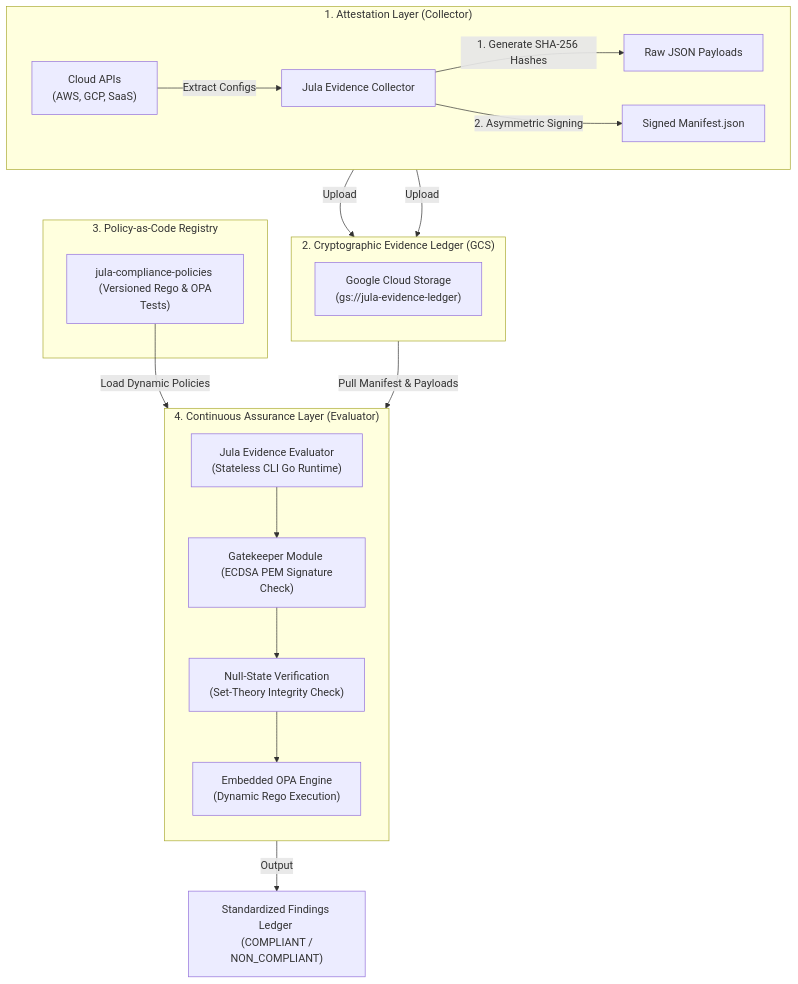
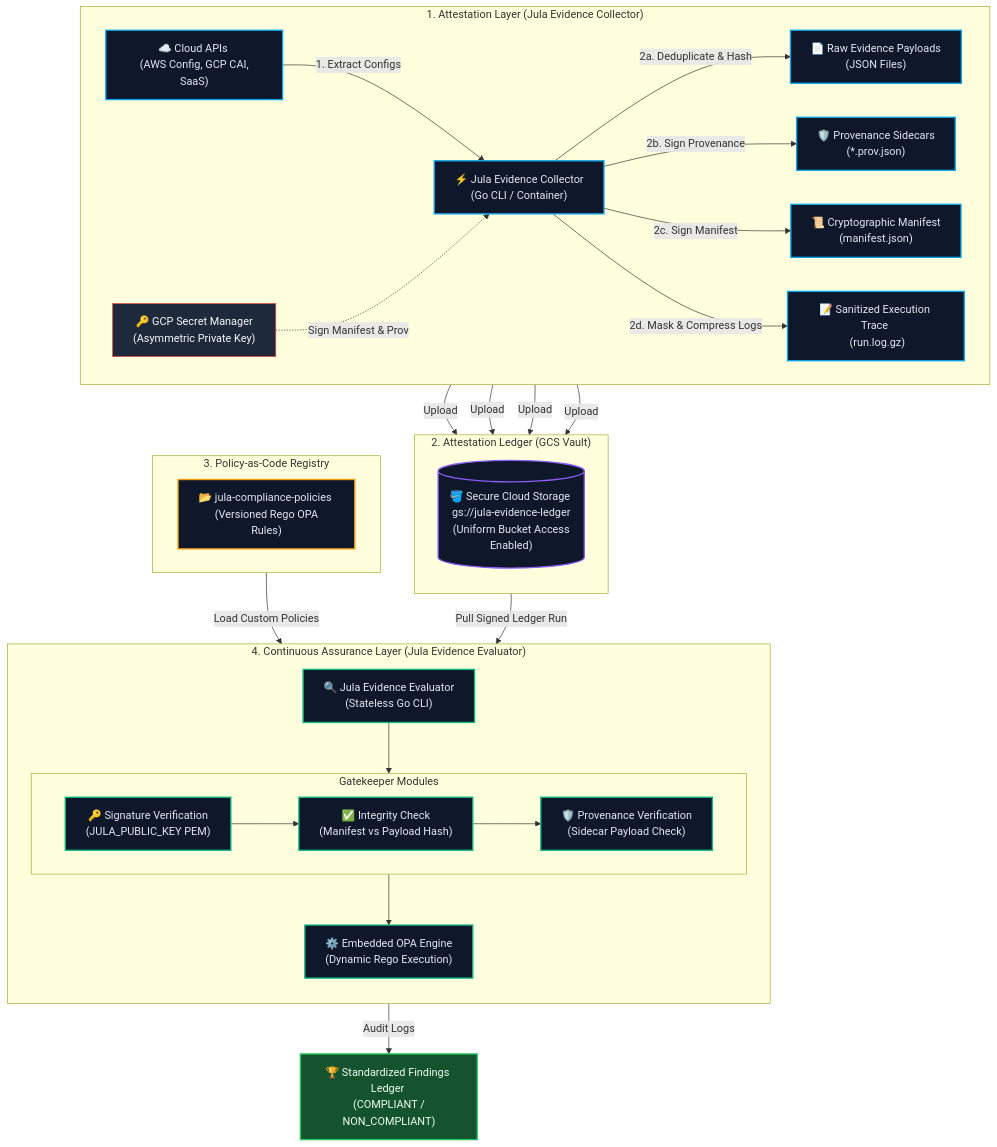
The diagram in README.md (alibkaba/jula), drawn with Mermaid before and after one commit. The commit also changed other lines of this file and 15 other files, not shown here.

Commit message:
feat: implement sensitive data masking in logging and add execution trace export to local reporter

````diff
--- a/README.md
+++ b/README.md
@@ -47,36 +47,65 @@
 ```mermaid
 flowchart TB
-    subgraph Upstream ["1. Attestation Layer (Collector)"]
+    %% Styling Classes
+    classDef collector fill:#0f172a,stroke:#0ea5e9,stroke-width:2px,color:#e2e8f0;
+    classDef ledger fill:#0f172a,stroke:#8b5cf6,stroke-width:2px,color:#e2e8f0;
+    classDef policy fill:#0f172a,stroke:#f59e0b,stroke-width:2px,color:#e2e8f0;
+    classDef evaluator fill:#0f172a,stroke:#10b981,stroke-width:2px,color:#e2e8f0;
+    classDef security fill:#1e293b,stroke:#ef4444,stroke-width:1px,color:#f8fafc;
+    classDef output fill:#14532d,stroke:#22c55e,stroke-width:2px,color:#f0fdf4;
+
+    subgraph Phase1 ["1. Attestation Layer (Jula Evidence Collector)"]
         direction LR
-        APIs["Cloud APIs <br> (AWS, GCP, SaaS)"] -->|Extract Configs| EC["Jula Evidence Collector"]
-        EC -->|1. Generate SHA-256 Hashes| H["Raw JSON Payloads"]
-        EC -->|2. Asymmetric Signing| M["Signed Manifest.json"]
+        APIs["☁️ Cloud APIs <br> (AWS Config, GCP CAI, SaaS)"] -->|1. Extract Configs| EC["⚡ Jula Evidence Collector <br> (Go CLI / Container)"]
+        KMS["🔑 GCP Secret Manager <br> (Asymmetric Private Key)"] -.->|Sign Manifest & Prov| EC
+        EC -->|2a. Deduplicate & Hash| H["📄 Raw Evidence Payloads <br> (JSON Files)"]
+        EC -->|2b. Sign Provenance| P["🛡️ Provenance Sidecars <br> (*.prov.json)"]
+        EC -->|2c. Sign Manifest| M["📜 Cryptographic Manifest <br> (manifest.json)"]
+        EC -->|2d. Mask & Compress Logs| L["📝 Sanitized Execution Trace <br> (run.log.gz)"]
     end
 
-    subgraph Ledger ["2. Cryptographic Evidence Ledger (GCS)"]
+    subgraph Phase2 ["2. Attestation Ledger (GCS Vault)"]
         direction TB
-        GCS["Google Cloud Storage <br> (gs://jula-evidence-ledger)"]
+        GCS[("🪣 Secure Cloud Storage <br> gs://jula-evidence-ledger <br> (Uniform Bucket Access Enabled)")]
         H -->|Upload| GCS
+        P -->|Upload| GCS
         M -->|Upload| GCS
+        L -->|Upload| GCS
     end
 
-    subgraph Policies ["3. Policy-as-Code Registry"]
-        PR["jula-compliance-policies <br> (Versioned Rego & OPA Tests)"]
+    subgraph Phase3 ["3. Policy-as-Code Registry"]
+        direction LR
+        PR["📂 jula-compliance-policies <br> (Versioned Rego OPA Rules)"]
     end
 
-    subgraph Downstream ["4. Continuous Assurance Layer (Evaluator)"]
+    subgraph Phase4 ["4. Continuous Assurance Layer (Jula Evidence Evaluator)"]
         direction TB
-        EE["Jula Evidence Evaluator <br> (Stateless CLI Go Runtime)"]
-        GK["Gatekeeper Module <br> (ECDSA PEM Signature Check)"]
-        NS["Null-State Verification <br> (Set-Theory Integrity Check)"]
-        OPA["Embedded OPA Engine <br> (Dynamic Rego Execution)"]
+        EE["🔍 Jula Evidence Evaluator <br> (Stateless Go CLI)"]
         
-        EE --> GK
-        GK --> NS
-        NS --> OPA
+        subgraph GK ["Gatekeeper Modules"]
+            direction LR
+            SigCheck["🔑 Signature Verification <br> (JULA_PUBLIC_KEY PEM)"]
+            HashCheck["✅ Integrity Check <br> (Manifest vs Payload Hash)"]
+            ProvCheck["🛡️ Provenance Verification <br> (Sidecar Payload Check)"]
+        end
+        
+        OPA["⚙️ Embedded OPA Engine <br> (Dynamic Rego Execution)"]
+        
+        EE --> SigCheck
+        SigCheck --> HashCheck
+        HashCheck --> ProvCheck
+        ProvCheck --> OPA
     end
 
-    GCS -->|Pull Manifest & Payloads| EE
-    PR -->|Load Dynamic Policies| EE
-    OPA -->|Output| Findings["Standardized Findings Ledger <br> (COMPLIANT / NON_COMPLIANT)"]
+    GCS -->|Pull Signed Ledger Run| EE
+    PR -->|Load Custom Policies| EE
+    OPA -->|Audit Logs| Findings["🏆 Standardized Findings Ledger <br> (COMPLIANT / NON_COMPLIANT)"]
+
+    %% Apply Styles
+    class APIs,EC,H,P,M,L collector;
+    class GCS ledger;
+    class PR policy;
+    class EE,SigCheck,HashCheck,ProvCheck,OPA evaluator;
+    class KMS security;
+    class Findings output;
 ```
````
